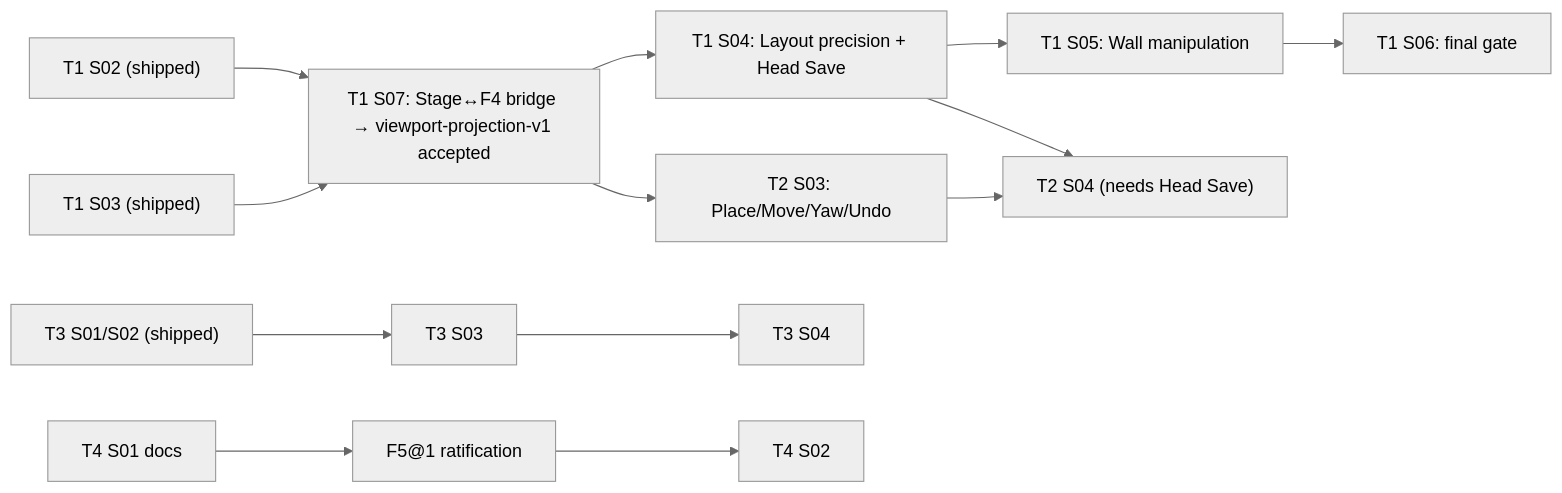
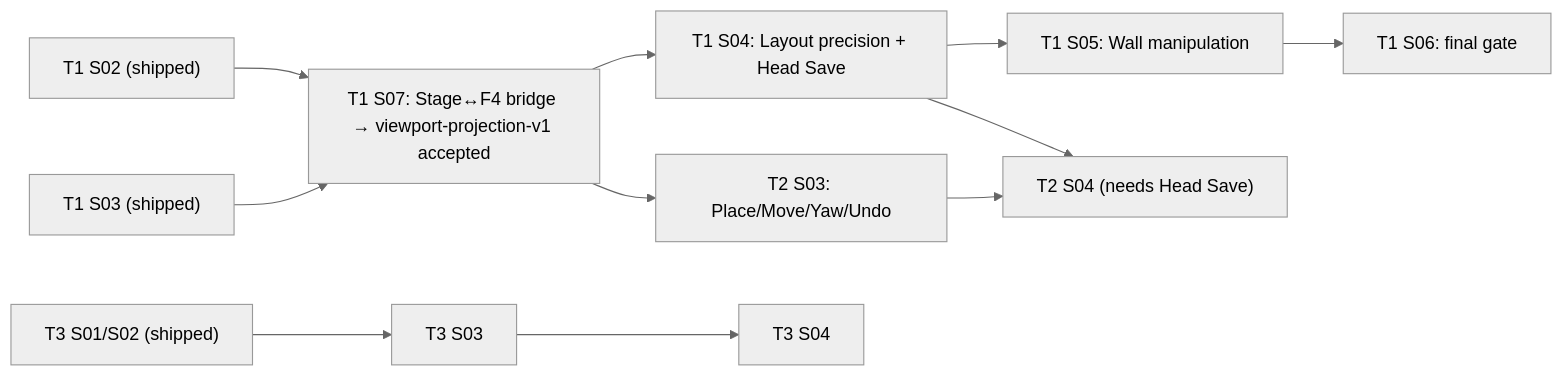
Before and after one commit to Biskiq/spatial-sketch-editor: the second of 2 diagrams in docs/roadmap/cross-track-execution.md, drawn with Mermaid (neutral theme). The commit also changed other lines of this file and 15 other files, not shown here.

````diff
--- a/docs/roadmap/cross-track-execution.md
+++ b/docs/roadmap/cross-track-execution.md
@@ -335,12 +334,11 @@
 ```mermaid
 flowchart LR
   V["T1 S02 (shipped)"] --> B["T1 S07: Stage↔F4 bridge → viewport-projection-v1 accepted"]
   L["T1 S03 (shipped)"] --> B
   B --> P["T1 S04: Layout precision + Head Save"]
   B --> UI["T2 S03: Place/Move/Yaw/Undo"]
   P --> W["T1 S05: Wall manipulation"] --> G["T1 S06: final gate"]
   P --> T2F["T2 S04 (needs Head Save)"]
   UI --> T2F
   U["T3 S01/S02 (shipped)"] --> X["T3 S03"] --> CUT["T3 S04"]
-  D["T4 S01 docs"] --> R["F5@1 ratification"] --> F["T4 S02"]
 ```
````
